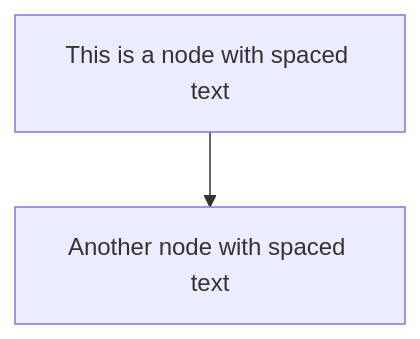
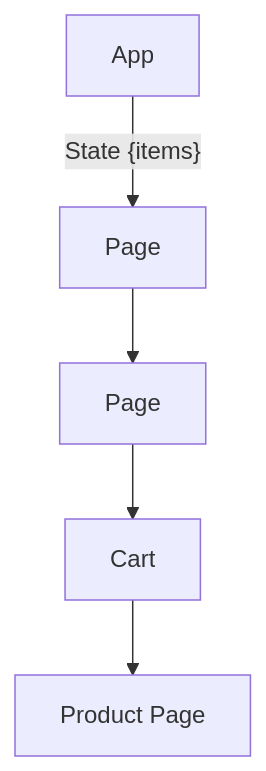
Before and after one commit to oreximus/learnings: the diagram in InformationTechnology/WebDevelopment/redux.md, drawn with Mermaid.

Commit message:
[nb] Edit: InformationTechnology/WebDevelopment/redux.md

````diff
--- a/InformationTechnology/WebDevelopment/redux.md
+++ b/InformationTechnology/WebDevelopment/redux.md
@@ -26,4 +26,7 @@
 ```mermaid
 flowchart TD
-    A["This is a node with spaced text"] --> B["Another node with spaced text"]
+    A["App"] -->|"State {items}"| B[Page]
+    B --> C["Page"]
+    C --> D["Cart"]
+    D --> E["Product Page"]
 ```
````
